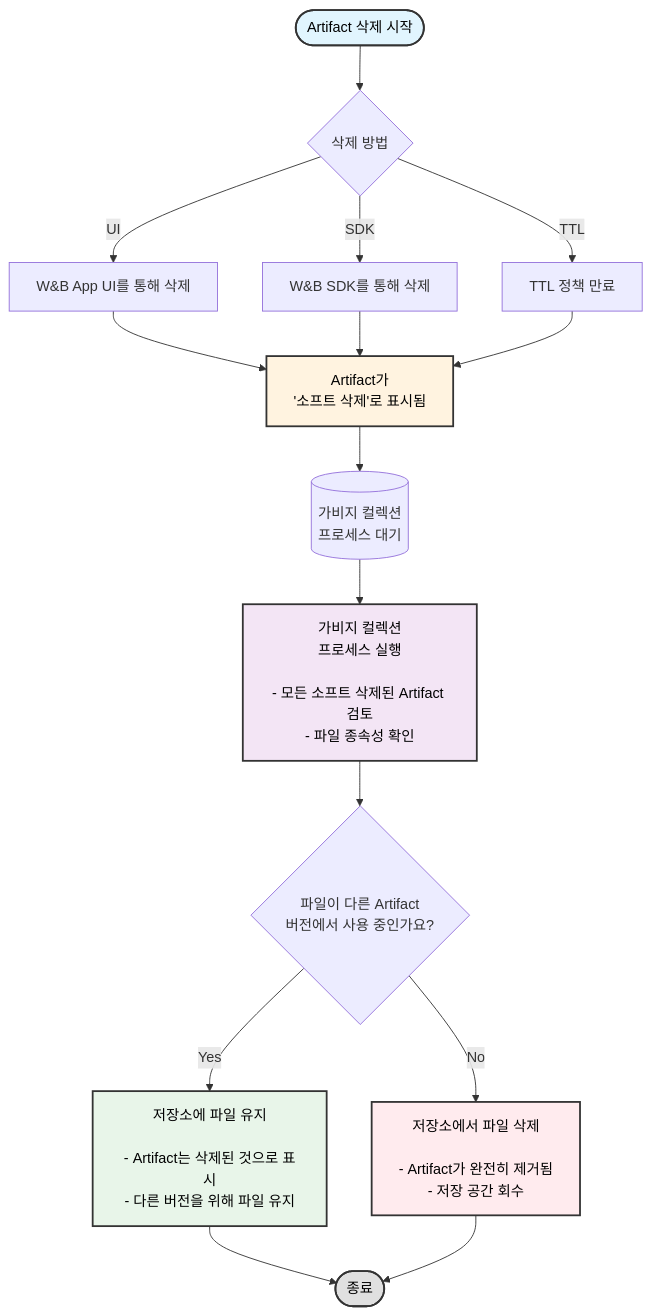
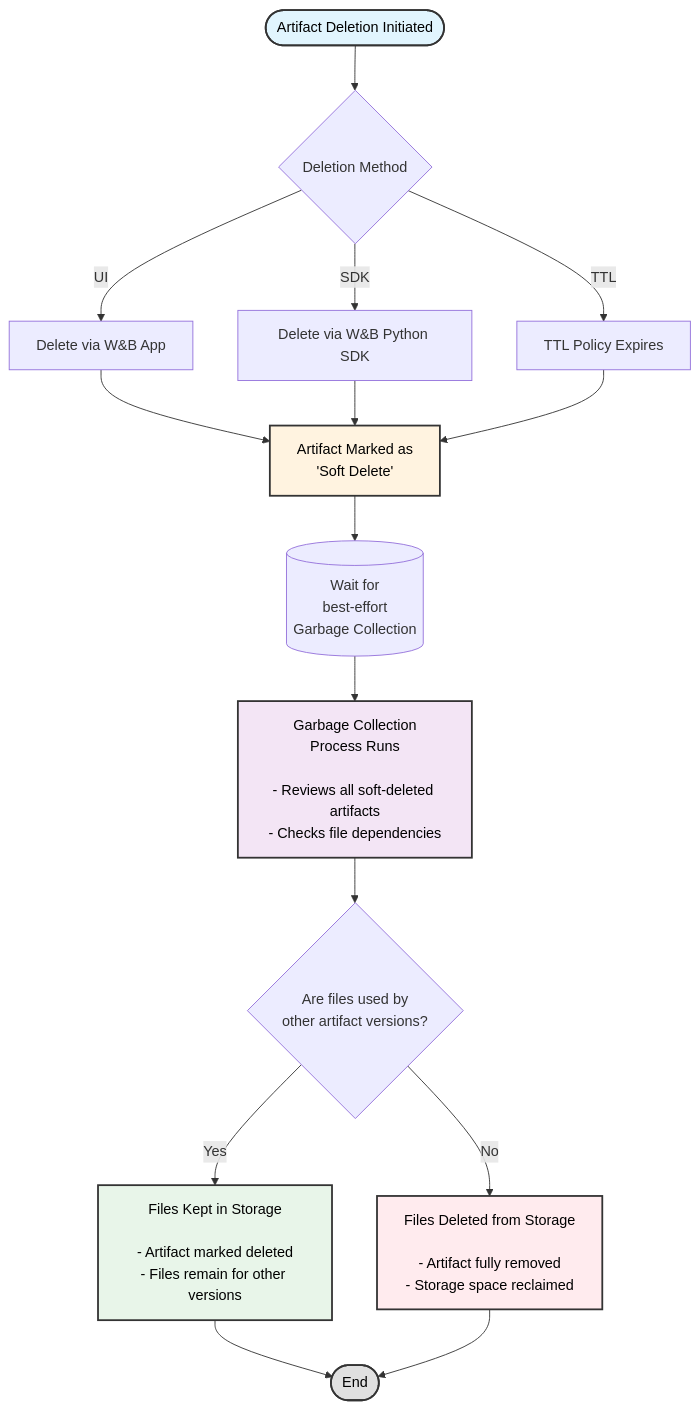
The diagram in ko/models/artifacts/delete-artifacts.mdx (wandb/docs), drawn with Mermaid before and after one commit. The commit also changed other lines of this file and 4312 other files, not shown here.

````diff
--- a/ko/models/artifacts/delete-artifacts.mdx
+++ b/ko/models/artifacts/delete-artifacts.mdx
@@ -14,31 +21,31 @@
 ```mermaid
 graph TB
-    Start([Artifact 삭제 시작]) --> DeleteMethod{삭제 방법}
+    Start([Artifact Deletion Initiated]) --> DeleteMethod{Deletion Method}
     
-    DeleteMethod -->|UI| UIDelete[W&B App UI를 통해 삭제]
-    DeleteMethod -->|SDK| SDKDelete[W&B SDK를 통해 삭제]
-    DeleteMethod -->|TTL| TTLDelete[TTL 정책 만료]
+    DeleteMethod -->|UI| UIDelete[Delete via W&B App]
+    DeleteMethod -->|SDK| SDKDelete[Delete via W&B Python SDK]
+    DeleteMethod -->|TTL| TTLDelete[TTL Policy Expires]
     
-    UIDelete --> SoftDelete[Artifact가<br/>'소프트 삭제'로 표시됨]
+    UIDelete --> SoftDelete[Artifact Marked as<br/>'Soft Delete']
     SDKDelete --> SoftDelete
     TTLDelete --> SoftDelete
     
-    SoftDelete --> GCWait[(가비지 컬렉션<br/>프로세스 대기)]
+    SoftDelete --> GCWait[(Wait for<br/>best-effort<br/>Garbage Collection)]
     
-    GCWait --> GCRun[가비지 컬렉션<br/>프로세스 실행<br/><br/>- 모든 소프트 삭제된 Artifact 검토<br/>- 파일 종속성 확인]
+    GCWait --> GCRun[Garbage Collection<br/>Process Runs<br/><br/>- Reviews all soft-deleted artifacts<br/>- Checks file dependencies]
     
-    GCRun --> CheckUsage{파일이 다른 Artifact<br/>버전에서 사용 중인가요?}
+    GCRun --> CheckUsage{Are files used by<br/>other artifact versions?}
     
-    CheckUsage -->|Yes| KeepFiles[저장소에 파일 유지<br/><br/>- Artifact는 삭제된 것으로 표시<br/>- 다른 버전을 위해 파일 유지]
-    CheckUsage -->|No| DeleteFiles[저장소에서 파일 삭제<br/><br/>- Artifact가 완전히 제거됨<br/>- 저장 공간 회수]
+    CheckUsage -->|Yes| KeepFiles[Files Kept in Storage<br/><br/>- Artifact marked deleted<br/>- Files remain for other versions]
+    CheckUsage -->|No| DeleteFiles[Files Deleted from Storage<br/><br/>- Artifact fully removed<br/>- Storage space reclaimed]
     
-    KeepFiles --> End([종료])
+    KeepFiles --> End([End])
     DeleteFiles --> End
     
     style Start fill:#e1f5fe,stroke:#333,stroke-width:2px,color:#000
     style SoftDelete fill:#fff3e0,stroke:#333,stroke-width:2px,color:#000
     style GCRun fill:#f3e5f5,stroke:#333,stroke-width:2px,color:#000
     style KeepFiles fill:#e8f5e9,stroke:#333,stroke-width:2px,color:#000
     style DeleteFiles fill:#ffebee,stroke:#333,stroke-width:2px,color:#000
     style End fill:#e0e0e0,stroke:#333,stroke-width:2px,color:#000
-``` 
+```
````
